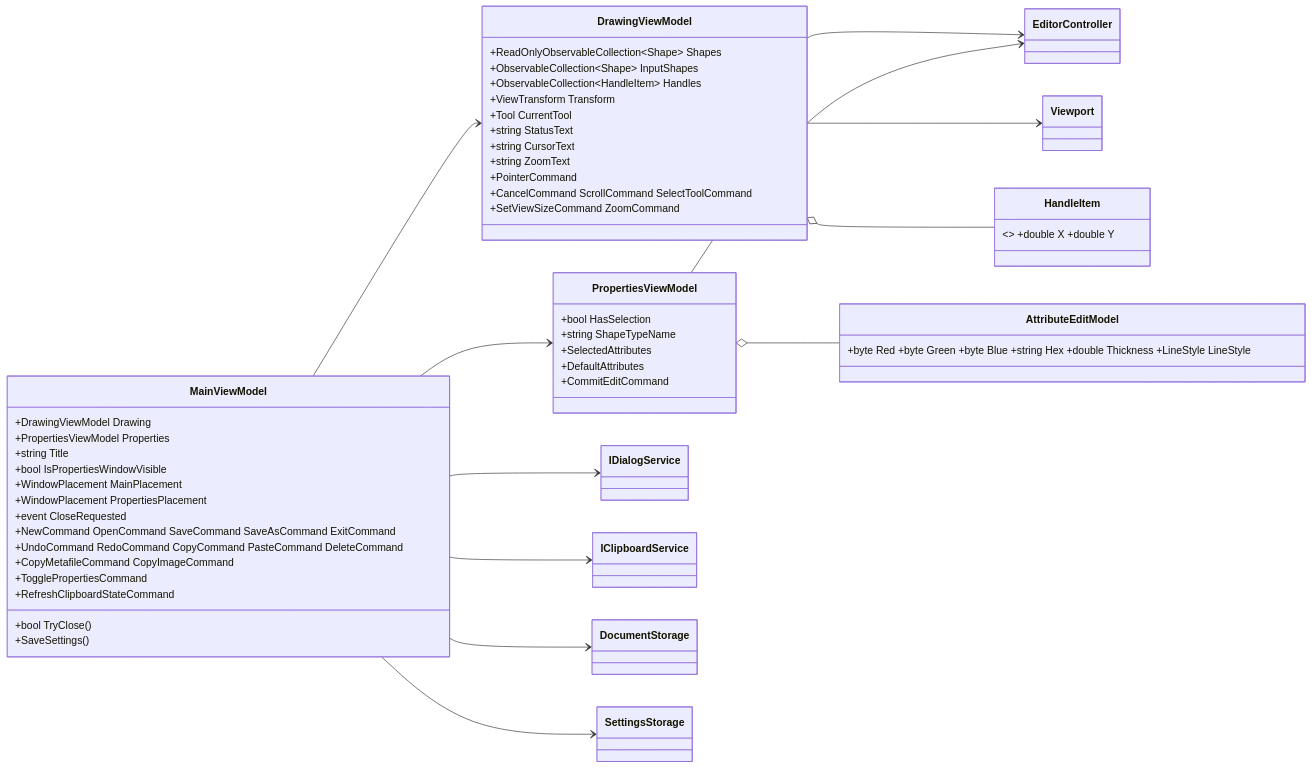
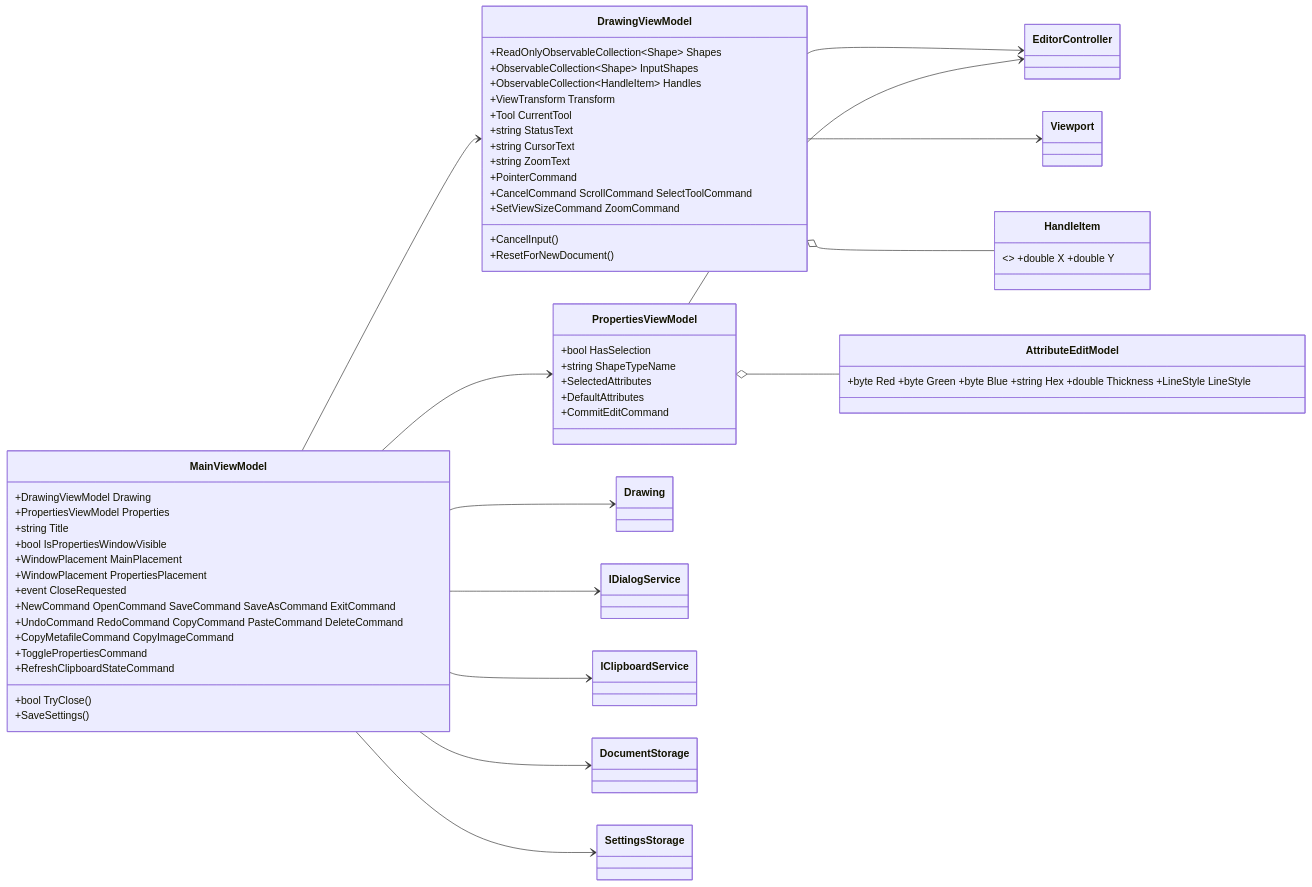
The fifth of 11 diagrams in Documents/20261105-cad-architecture.md (Fujiwo/Shos.WpfCadSample), drawn with Mermaid before and after one commit. The commit also changed other lines of this file and 6 other files, not shown here.

````diff
--- a/Documents/20261105-cad-architecture.md
+++ b/Documents/20261105-cad-architecture.md
@@ -343,53 +351,56 @@
 ```mermaid
 classDiagram
     direction LR
     class MainViewModel {
         +DrawingViewModel Drawing
         +PropertiesViewModel Properties
         +string Title
         +bool IsPropertiesWindowVisible
         +WindowPlacement MainPlacement
         +WindowPlacement PropertiesPlacement
         +event CloseRequested
         +NewCommand OpenCommand SaveCommand SaveAsCommand ExitCommand
         +UndoCommand RedoCommand CopyCommand PasteCommand DeleteCommand
         +CopyMetafileCommand CopyImageCommand
         +TogglePropertiesCommand
         +RefreshClipboardStateCommand
         +bool TryClose()
         +SaveSettings()
     }
     class DrawingViewModel {
         +ReadOnlyObservableCollection~Shape~ Shapes
         +ObservableCollection~Shape~ InputShapes
         +ObservableCollection~HandleItem~ Handles
         +ViewTransform Transform
         +Tool CurrentTool
         +string StatusText
         +string CursorText
         +string ZoomText
         +PointerCommand
         +CancelCommand ScrollCommand SelectToolCommand
         +SetViewSizeCommand ZoomCommand
+        +CancelInput()
+        +ResetForNewDocument()
     }
     class PropertiesViewModel {
         +bool HasSelection
         +string ShapeTypeName
         +SelectedAttributes
         +DefaultAttributes
         +CommitEditCommand
     }
     class HandleItem { <<record>> +double X +double Y }
     class AttributeEditModel { +byte Red +byte Green +byte Blue +string Hex +double Thickness +LineStyle LineStyle }
     MainViewModel --> DrawingViewModel
     MainViewModel --> PropertiesViewModel
+    MainViewModel --> Drawing
     MainViewModel --> IDialogService
     MainViewModel --> IClipboardService
     MainViewModel --> DocumentStorage
     MainViewModel --> SettingsStorage
     DrawingViewModel --> EditorController
     DrawingViewModel --> Viewport
     DrawingViewModel o-- HandleItem
     PropertiesViewModel --> EditorController
     PropertiesViewModel o-- AttributeEditModel
 ```
````
